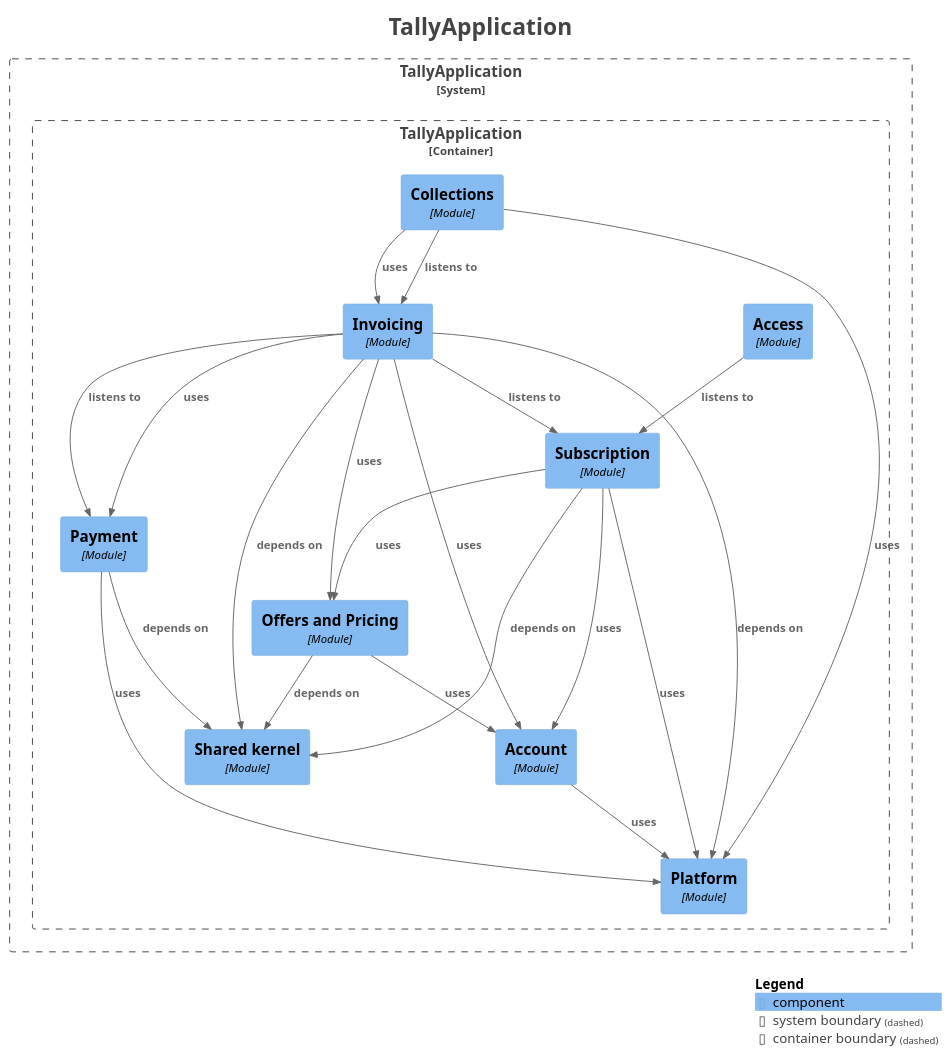
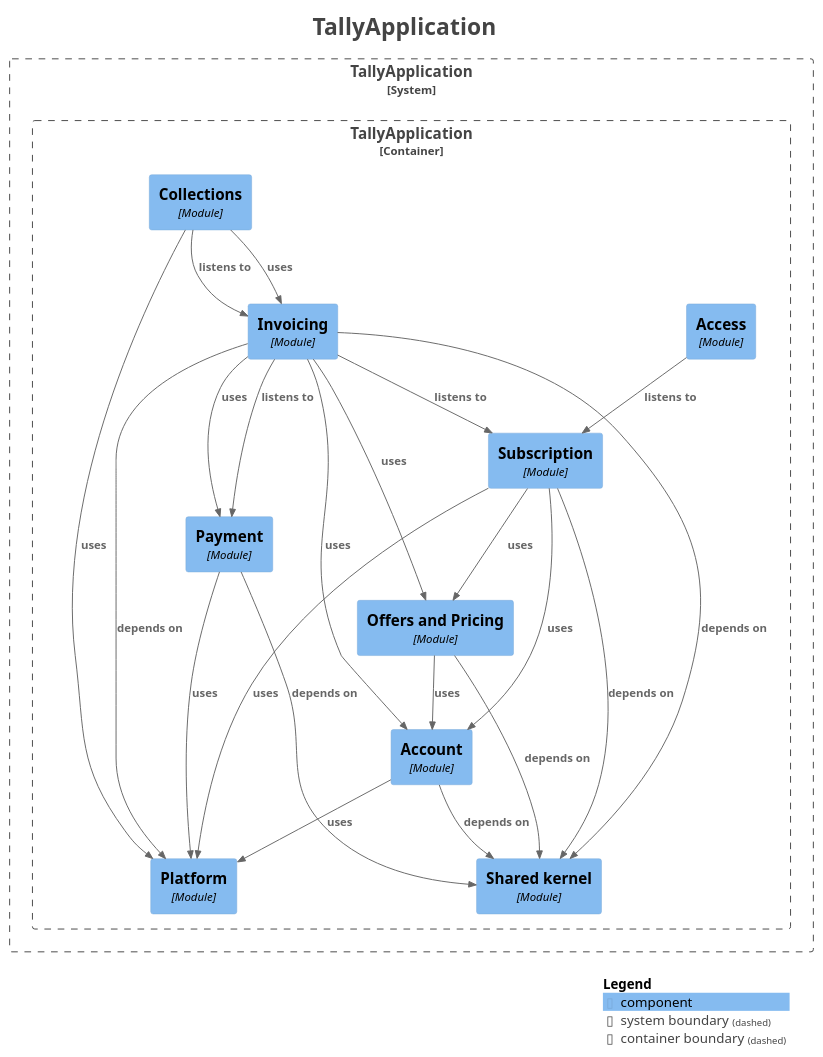
The diagram in docs/architecture/v2/components.puml (waleedarafa/tally), drawn with PlantUML before and after one commit. The commit also changed 6 other files, not shown here.

```diff
--- a/docs/architecture/v2/components.puml
+++ b/docs/architecture/v2/components.puml
@@ -1,56 +1,57 @@
 @startuml
 title <size:24>TallyApplication</size>
 
 set separator none
 top to bottom direction
 
 <style>
   root {
     BackgroundColor: #ffffff
     FontColor: #444444
   }
 </style>
 
 !include <C4/C4>
 !include <C4/C4_Context>
 !include <C4/C4_Component>
 
 System_Boundary("TallyApplication_boundary", "TallyApplication", $tags="") {
   Container_Boundary("TallyApplication.TallyApplication_boundary", "TallyApplication", $tags="") {
     Component(TallyApplication.TallyApplication.Access, "Access", $techn="Module", $descr="", $tags="", $link="")
     Component(TallyApplication.TallyApplication.Account, "Account", $techn="Module", $descr="", $tags="", $link="")
     Component(TallyApplication.TallyApplication.Collections, "Collections", $techn="Module", $descr="", $tags="", $link="")
     Component(TallyApplication.TallyApplication.Invoicing, "Invoicing", $techn="Module", $descr="", $tags="", $link="")
     Component(TallyApplication.TallyApplication.OffersandPricing, "Offers and Pricing", $techn="Module", $descr="", $tags="", $link="")
     Component(TallyApplication.TallyApplication.Payment, "Payment", $techn="Module", $descr="", $tags="", $link="")
     Component(TallyApplication.TallyApplication.Platform, "Platform", $techn="Module", $descr="", $tags="", $link="")
     Component(TallyApplication.TallyApplication.Sharedkernel, "Shared kernel", $techn="Module", $descr="", $tags="", $link="")
     Component(TallyApplication.TallyApplication.Subscription, "Subscription", $techn="Module", $descr="", $tags="", $link="")
   }
 
 }
 
 Rel(TallyApplication.TallyApplication.Access, TallyApplication.TallyApplication.Subscription, "listens to", $techn="", $tags="", $link="")
 Rel(TallyApplication.TallyApplication.Account, TallyApplication.TallyApplication.Platform, "uses", $techn="", $tags="", $link="")
+Rel(TallyApplication.TallyApplication.Account, TallyApplication.TallyApplication.Sharedkernel, "depends on", $techn="", $tags="", $link="")
 Rel(TallyApplication.TallyApplication.Collections, TallyApplication.TallyApplication.Invoicing, "listens to", $techn="", $tags="", $link="")
 Rel(TallyApplication.TallyApplication.Collections, TallyApplication.TallyApplication.Invoicing, "uses", $techn="", $tags="", $link="")
 Rel(TallyApplication.TallyApplication.Collections, TallyApplication.TallyApplication.Platform, "uses", $techn="", $tags="", $link="")
 Rel(TallyApplication.TallyApplication.Invoicing, TallyApplication.TallyApplication.Account, "uses", $techn="", $tags="", $link="")
 Rel(TallyApplication.TallyApplication.Invoicing, TallyApplication.TallyApplication.OffersandPricing, "uses", $techn="", $tags="", $link="")
 Rel(TallyApplication.TallyApplication.Invoicing, TallyApplication.TallyApplication.Payment, "listens to", $techn="", $tags="", $link="")
 Rel(TallyApplication.TallyApplication.Invoicing, TallyApplication.TallyApplication.Payment, "uses", $techn="", $tags="", $link="")
 Rel(TallyApplication.TallyApplication.Invoicing, TallyApplication.TallyApplication.Platform, "depends on", $techn="", $tags="", $link="")
 Rel(TallyApplication.TallyApplication.Invoicing, TallyApplication.TallyApplication.Sharedkernel, "depends on", $techn="", $tags="", $link="")
 Rel(TallyApplication.TallyApplication.Invoicing, TallyApplication.TallyApplication.Subscription, "listens to", $techn="", $tags="", $link="")
 Rel(TallyApplication.TallyApplication.OffersandPricing, TallyApplication.TallyApplication.Account, "uses", $techn="", $tags="", $link="")
 Rel(TallyApplication.TallyApplication.OffersandPricing, TallyApplication.TallyApplication.Sharedkernel, "depends on", $techn="", $tags="", $link="")
 Rel(TallyApplication.TallyApplication.Payment, TallyApplication.TallyApplication.Platform, "uses", $techn="", $tags="", $link="")
 Rel(TallyApplication.TallyApplication.Payment, TallyApplication.TallyApplication.Sharedkernel, "depends on", $techn="", $tags="", $link="")
 Rel(TallyApplication.TallyApplication.Subscription, TallyApplication.TallyApplication.Account, "uses", $techn="", $tags="", $link="")
 Rel(TallyApplication.TallyApplication.Subscription, TallyApplication.TallyApplication.OffersandPricing, "uses", $techn="", $tags="", $link="")
 Rel(TallyApplication.TallyApplication.Subscription, TallyApplication.TallyApplication.Platform, "uses", $techn="", $tags="", $link="")
 Rel(TallyApplication.TallyApplication.Subscription, TallyApplication.TallyApplication.Sharedkernel, "depends on", $techn="", $tags="", $link="")
 
 SHOW_LEGEND(true)
 hide stereotypes
 @enduml
```
